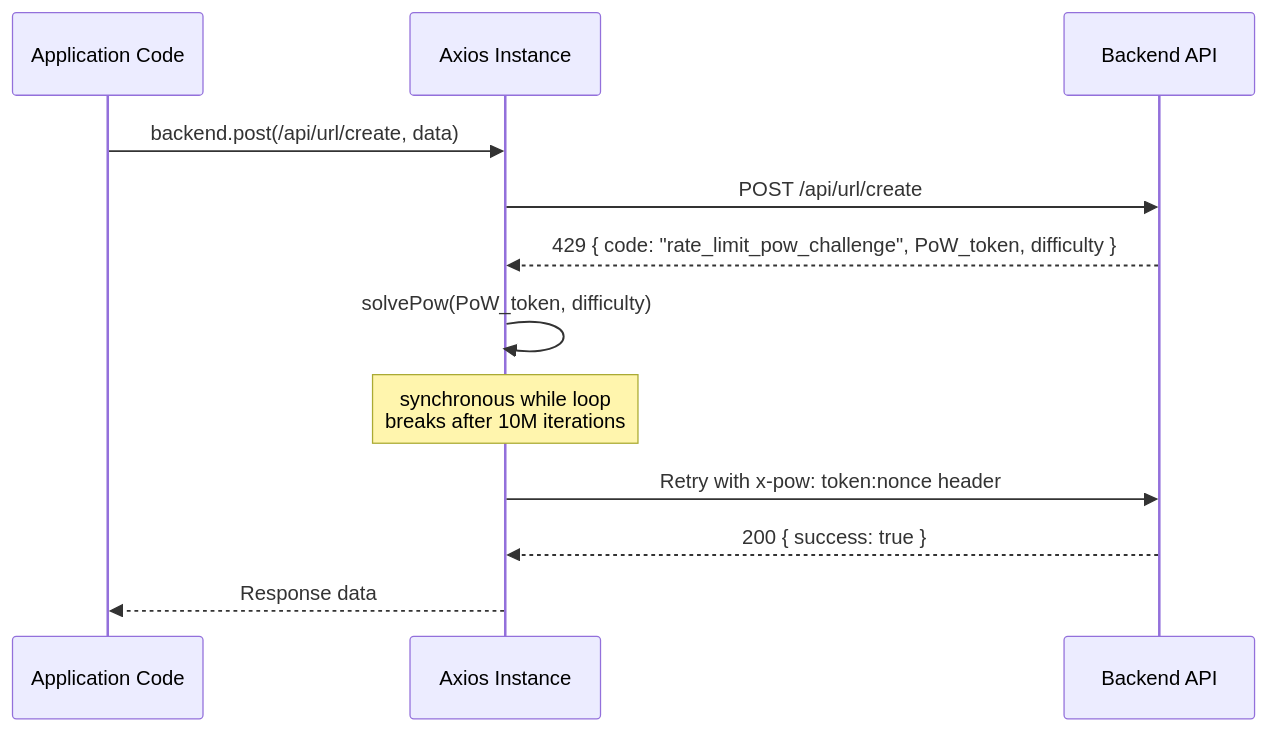
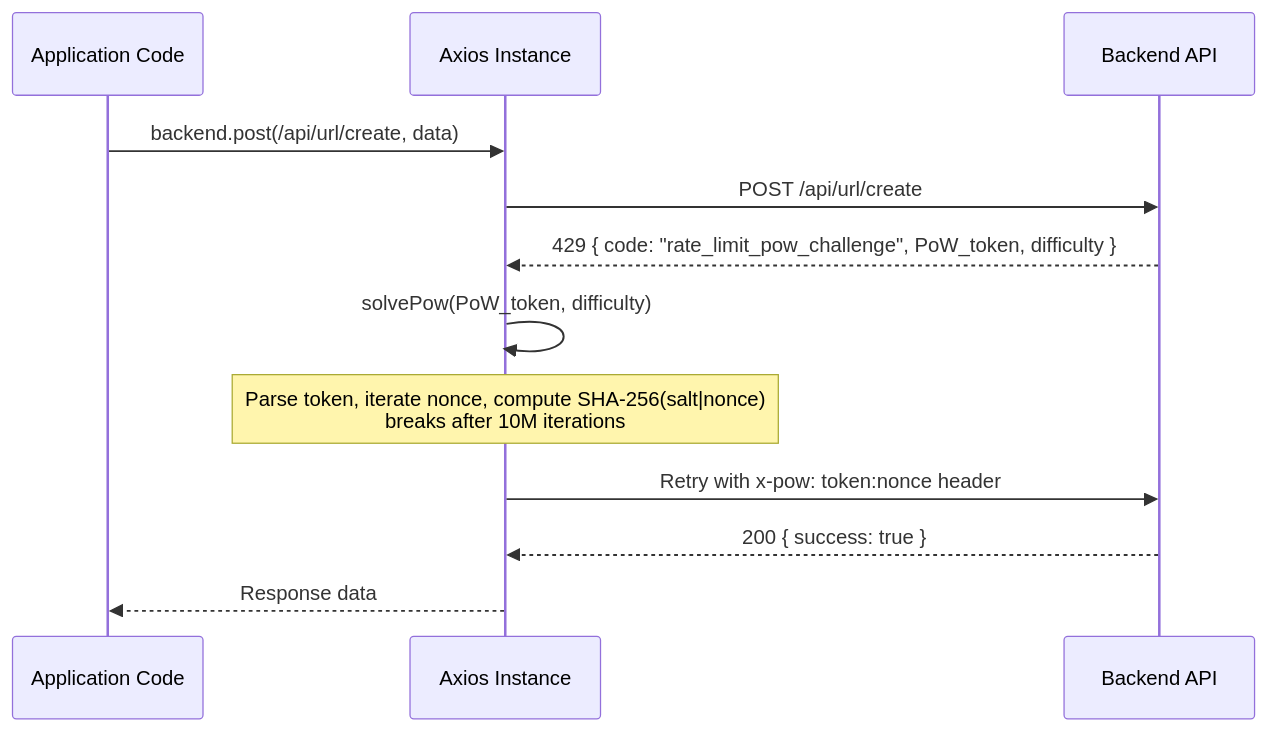
One commit to IamDevTrivedi/Trimium changed the sixth of 6 diagrams in docs/architecture/RATE_LIMITER_ARCHITECTURE.md. Above: the diagram before and after it, drawn with Mermaid. The commit also changed other lines of this file and 4 other files, not shown here.

````diff
--- a/docs/architecture/RATE_LIMITER_ARCHITECTURE.md
+++ b/docs/architecture/RATE_LIMITER_ARCHITECTURE.md
@@ -283,19 +285,19 @@
 ```mermaid
 sequenceDiagram
     participant App as Application Code
     participant Axios as Axios Instance
     participant API as Backend API
 
     App->>Axios: backend.post(/api/url/create, data)
     Axios->>API: POST /api/url/create
 
     API-->>Axios: 429 { code: "rate_limit_pow_challenge", PoW_token, difficulty }
 
     Axios->>Axios: solvePow(PoW_token, difficulty)
-    Note over Axios: synchronous while loop<br>breaks after 10M iterations
+    Note over Axios: Parse token, iterate nonce, compute SHA-256(salt|nonce)<br>breaks after 10M iterations
 
     Axios->>API: Retry with x-pow: token:nonce header
     API-->>Axios: 200 { success: true }
 
     Axios-->>App: Response data
 ```
````
